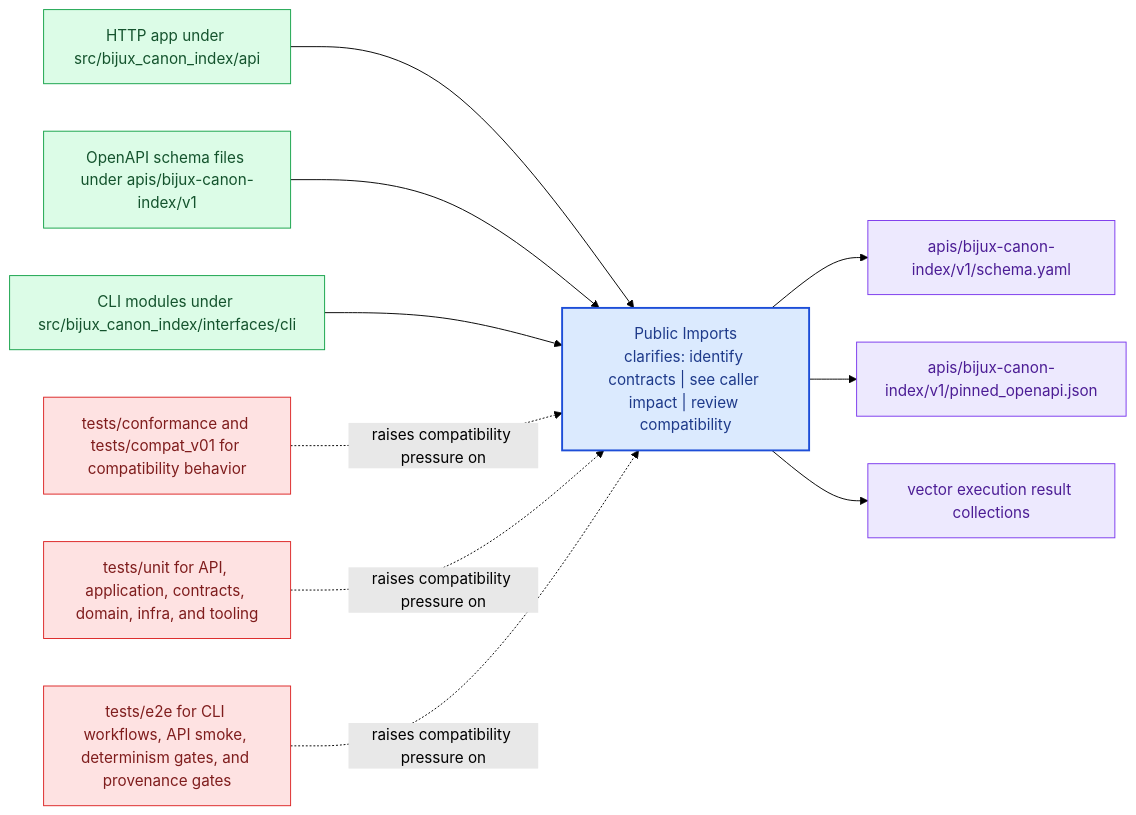
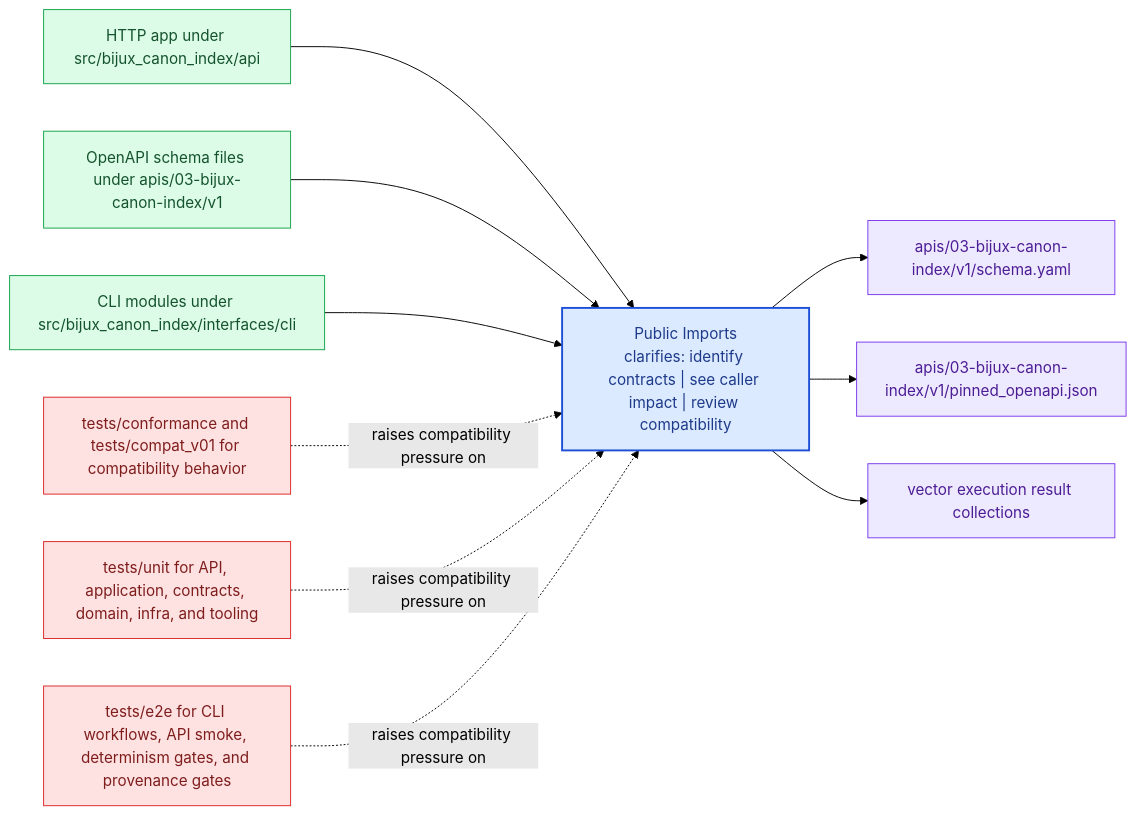
One commit to bijux/bijux-canon changed the diagram in docs/03-bijux-canon-index/interfaces/public-imports.md. Above: the diagram before and after it, drawn with Mermaid (forest theme). The commit also changed other lines of this file and 167 other files, not shown here.

````diff
--- a/docs/03-bijux-canon-index/interfaces/public-imports.md
+++ b/docs/03-bijux-canon-index/interfaces/public-imports.md
@@ -23,31 +23,31 @@
 ```mermaid
 flowchart LR
     page["Public Imports<br/>clarifies: identify contracts | see caller impact | review compatibility"]
     classDef page fill:#dbeafe,stroke:#1d4ed8,color:#1e3a8a,stroke-width:2px;
     classDef positive fill:#dcfce7,stroke:#16a34a,color:#14532d;
     classDef caution fill:#fee2e2,stroke:#dc2626,color:#7f1d1d;
     classDef anchor fill:#ede9fe,stroke:#7c3aed,color:#4c1d95;
     classDef action fill:#fef3c7,stroke:#d97706,color:#7c2d12;
     surface1["HTTP app under src/bijux_canon_index/api"]
     surface1 --> page
-    surface2["OpenAPI schema files under apis/bijux-canon-index/v1"]
+    surface2["OpenAPI schema files under apis/03-bijux-canon-index/v1"]
     surface2 --> page
     surface3["CLI modules under src/bijux_canon_index/interfaces/cli"]
     surface3 --> page
-    proof1["apis/bijux-canon-index/v1/schema.yaml"]
+    proof1["apis/03-bijux-canon-index/v1/schema.yaml"]
     page --> proof1
-    proof2["apis/bijux-canon-index/v1/pinned_openapi.json"]
+    proof2["apis/03-bijux-canon-index/v1/pinned_openapi.json"]
     page --> proof2
     proof3["vector execution result collections"]
     page --> proof3
     review1["tests/conformance and tests/compat_v01 for compatibility behavior"]
     review1 -.raises compatibility pressure on.-> page
     review2["tests/unit for API, application, contracts, domain, infra, and tooling"]
     review2 -.raises compatibility pressure on.-> page
     review3["tests/e2e for CLI workflows, API smoke, determinism gates, and provenance gates"]
     review3 -.raises compatibility pressure on.-> page
     class page page;
     class surface1,surface2,surface3 positive;
     class proof1,proof2,proof3 anchor;
     class review1,review2,review3 caution;
 ```
````
